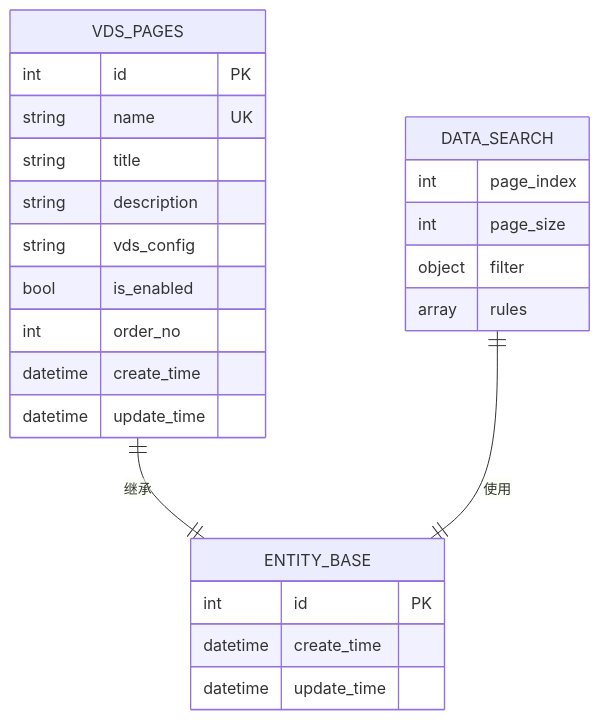
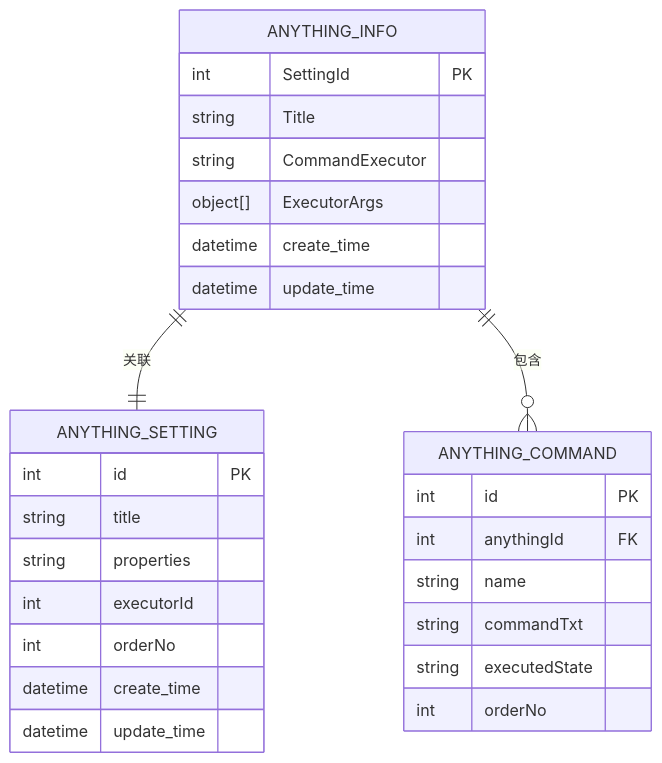
The sixth of 7 diagrams in .qoder/repowiki/zh/content/项目概述/核心特性/工具库系统/文件操作工具/可视化模板编辑器系统.md (Sosososolong/AirGo), drawn with Mermaid before and after one commit. The commit also changed other lines of this file and 3 other files, not shown here.

````diff
--- a/.qoder/repowiki/zh/content/项目概述/核心特性/工具库系统/文件操作工具/可视化模板编辑器系统.md
+++ b/.qoder/repowiki/zh/content/项目概述/核心特性/工具库系统/文件操作工具/可视化模板编辑器系统.md
@@ -340,27 +336,30 @@
 ```mermaid
 erDiagram
-VDS_PAGES {
-int id PK
-string name UK
-string title
-string description
-string vds_config
-bool is_enabled
-int order_no
+ANYTHING_INFO {
+int SettingId PK
+string Title
+string CommandExecutor
+object[] ExecutorArgs
 datetime create_time
 datetime update_time
 }
-DATA_SEARCH {
-int page_index
-int page_size
-object filter
-array rules
+ANYTHING_COMMAND {
+int id PK
+int anythingId FK
+string name
+string commandTxt
+string executedState
+int orderNo
 }
-ENTITY_BASE {
+ANYTHING_SETTING {
 int id PK
+string title
+string properties
+int executorId
+int orderNo
 datetime create_time
 datetime update_time
 }
-VDS_PAGES ||--|| ENTITY_BASE : 继承
-DATA_SEARCH ||--|| ENTITY_BASE : 使用
+ANYTHING_INFO ||--|| ANYTHING_SETTING : 关联
+ANYTHING_INFO ||--o{ ANYTHING_COMMAND : 包含
 ```
````
